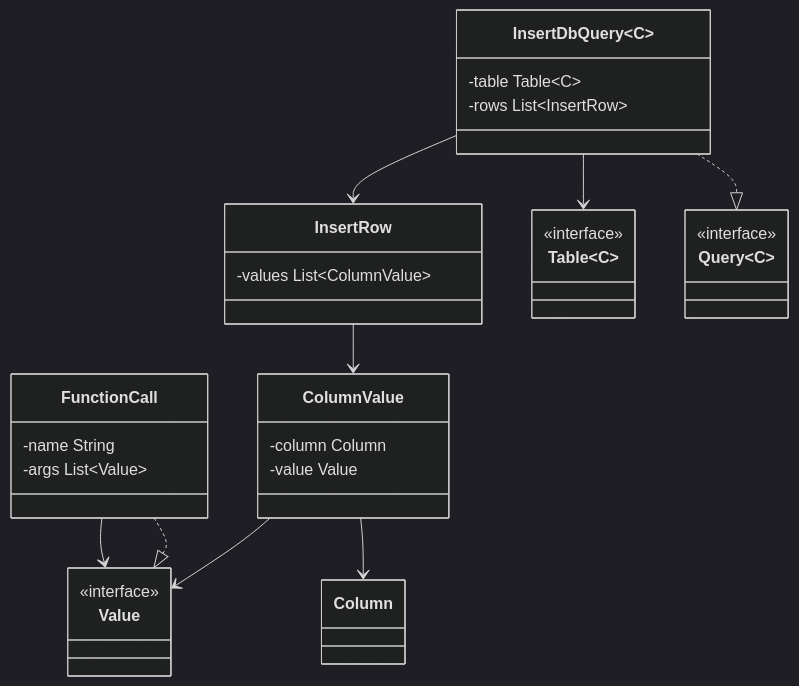
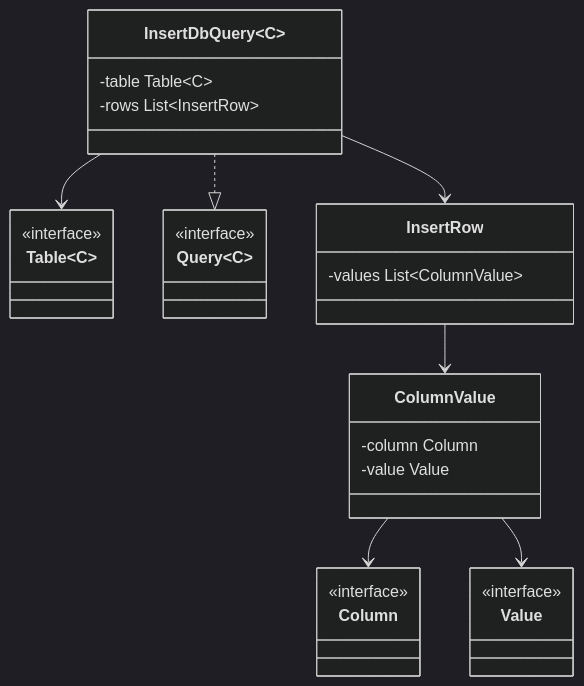
The eighth of 9 diagrams in docs/domain.md (safarislava/QueryBricks), drawn with Mermaid (dark theme) before and after one commit. The commit also changed other lines of this file, not shown here.

````diff
--- a/docs/domain.md
+++ b/docs/domain.md
@@ -187,42 +194,39 @@
 ```mermaid
 classDiagram
     class Table~C~ {
         <<interface>>
     }
     
     class Query~C~ {
         <<interface>>
     }
 
     class Value {
         <<interface>>
     }
 
-    class FunctionCall {
-        -name String
-        -args List~Value~
+    class Column {
+        <<interface>>
     }
-    FunctionCall ..|> Value
-    FunctionCall --> Value
 
     class ColumnValue {
         -column Column
         -value Value
     }
     ColumnValue --> Column
     ColumnValue --> Value
 
     class InsertRow {
         -values List~ColumnValue~
     }
     InsertRow --> ColumnValue
 
     class InsertDbQuery~C~ {
         -table Table~C~
         -rows List~InsertRow~
     }
     InsertDbQuery ..|> Query
     InsertDbQuery --> Table
     InsertDbQuery --> InsertRow
 
 ```
````
